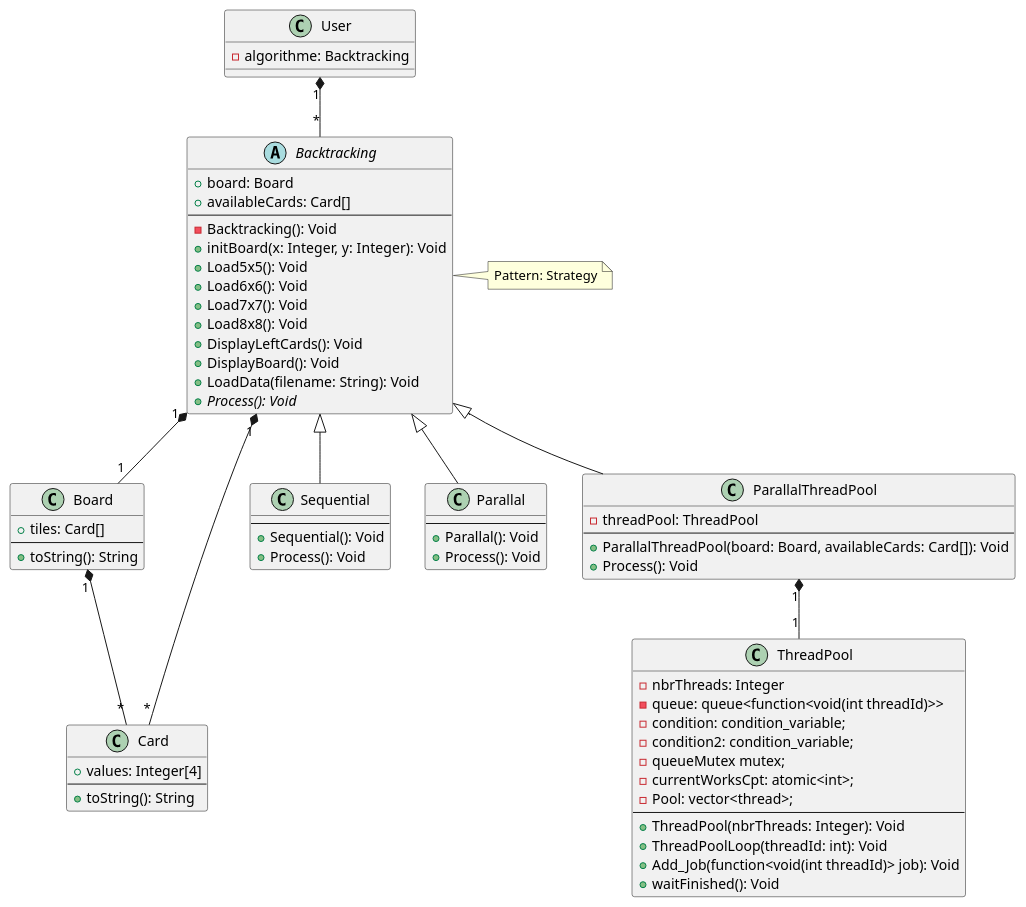
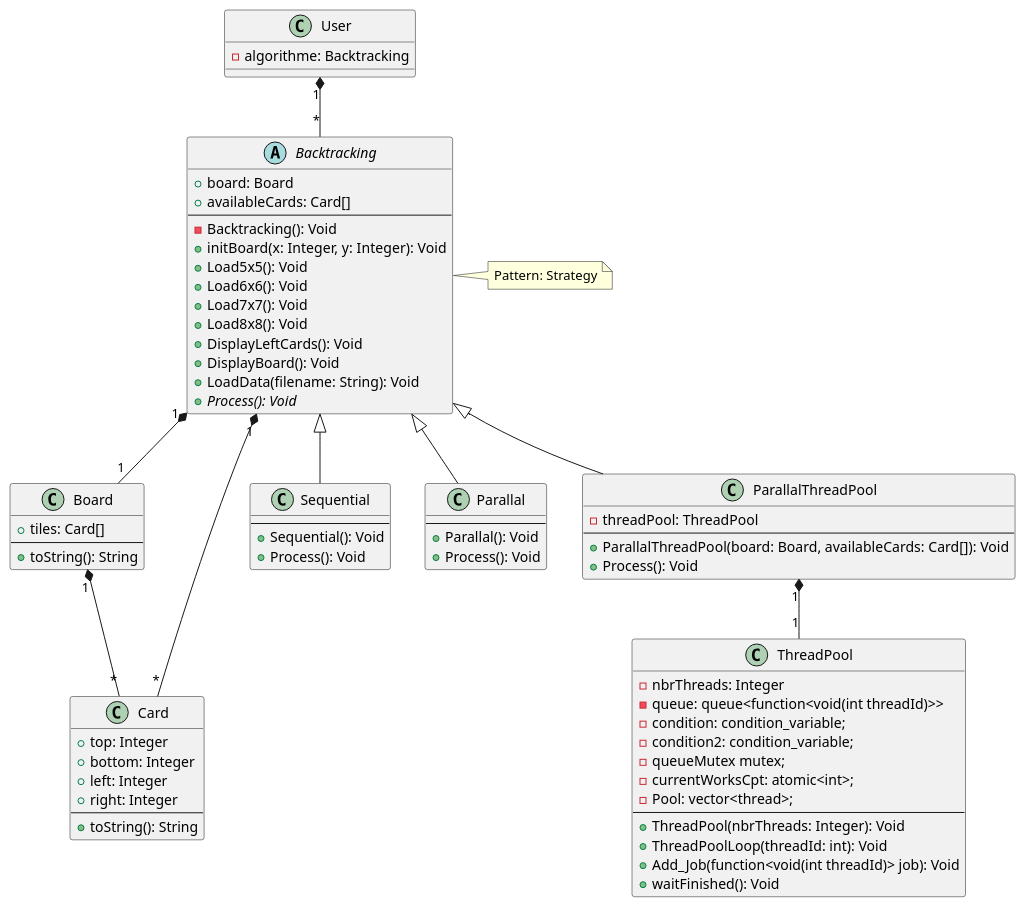
The diagram in modelisation/OverviewClasses.plantuml (qanastek/Concurency-Tetravex), drawn with PlantUML before and after one commit. The commit also changed 24 other files, not shown here.

```diff
--- a/modelisation/OverviewClasses.plantuml
+++ b/modelisation/OverviewClasses.plantuml
@@ -1,77 +1,80 @@
 @startuml Overview
 
 class User {
     - algorithme: Backtracking
 }
 User "1" *-- "*" Backtracking
 
 class Board {
     + tiles: Card[]
     ---
     + toString(): String
 }
 Board "1" *-- "*" Card
 
 class Card {
-    + values: Integer[4]
+    + top: Integer
+    + bottom: Integer
+    + left: Integer
+    + right: Integer
     ---
     + toString(): String
 }
 
 abstract class Backtracking {
     + board: Board
     + availableCards: Card[]
     ---
     - Backtracking(): Void
     + initBoard(x: Integer, y: Integer): Void
     + Load5x5(): Void
     + Load6x6(): Void
     + Load7x7(): Void
     + Load8x8(): Void
     + DisplayLeftCards(): Void
     + DisplayBoard(): Void
     + LoadData(filename: String): Void
     + {abstract} Process(): Void
 }
 note right of Backtracking
 Pattern: Strategy
 end note
 Backtracking "1" *-- "1" Board
 Backtracking "1" *-- "*" Card
 
 class Sequential extends Backtracking {
     ---
     + Sequential(): Void
     + Process(): Void
 }
 
 class Parallal extends Backtracking {
     ---
     + Parallal(): Void
     + Process(): Void
 }
 
 class ParallalThreadPool extends Backtracking {
     - threadPool: ThreadPool
     ---
     + ParallalThreadPool(board: Board, availableCards: Card[]): Void
     + Process(): Void
 }
 
 class ThreadPool {
     - nbrThreads: Integer
     - queue: queue<function<void(int threadId)>>
     - condition: condition_variable;
     - condition2: condition_variable;
     - queueMutex mutex;
     - currentWorksCpt: atomic<int>;
     - Pool: vector<thread>;
     ---
     + ThreadPool(nbrThreads: Integer): Void
     + ThreadPoolLoop(threadId: int): Void
     + Add_Job(function<void(int threadId)> job): Void
     + waitFinished(): Void
 }
 ParallalThreadPool "1" *-- "1" ThreadPool
 
 @enduml
```
